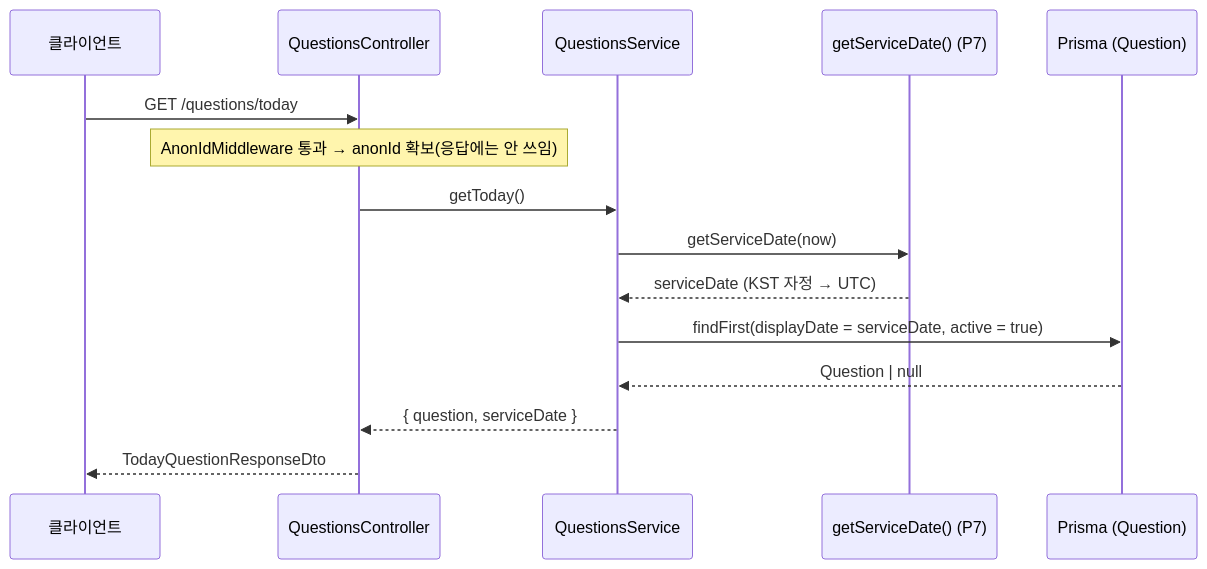
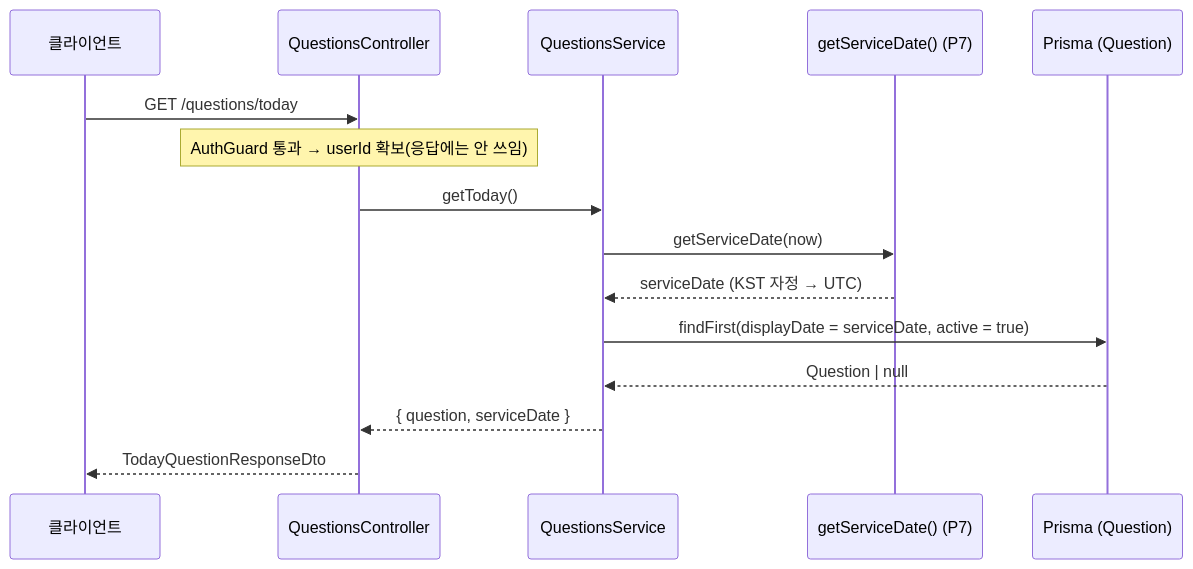
Before and after one commit to side-project01/haru-hana-backend: the second of 4 diagrams in README.md, drawn with Mermaid. The commit also changed other lines of this file and 49 other files, not shown here.

````diff
--- a/README.md
+++ b/README.md
@@ -93,18 +95,18 @@
 ```mermaid
 sequenceDiagram
     participant C as 클라이언트
     participant Ctrl as QuestionsController
     participant Svc as QuestionsService
     participant U as getServiceDate() (P7)
     participant DB as Prisma (Question)
 
     C->>Ctrl: GET /questions/today
-    Note over Ctrl: AnonIdMiddleware 통과 → anonId 확보(응답에는 안 쓰임)
+    Note over Ctrl: AuthGuard 통과 → userId 확보(응답에는 안 쓰임)
     Ctrl->>Svc: getToday()
     Svc->>U: getServiceDate(now)
     U-->>Svc: serviceDate (KST 자정 → UTC)
     Svc->>DB: findFirst(displayDate = serviceDate, active = true)
     DB-->>Svc: Question | null
     Svc-->>Ctrl: { question, serviceDate }
     Ctrl-->>C: TodayQuestionResponseDto
 ```
````
